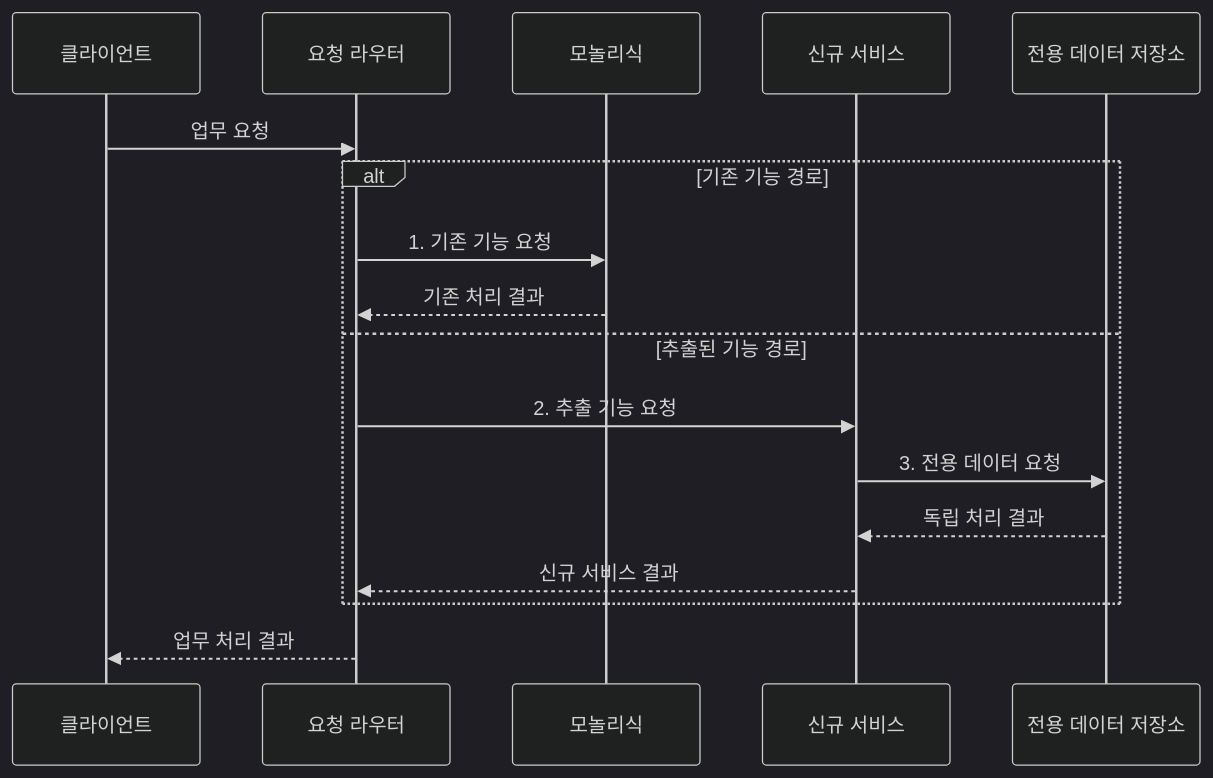
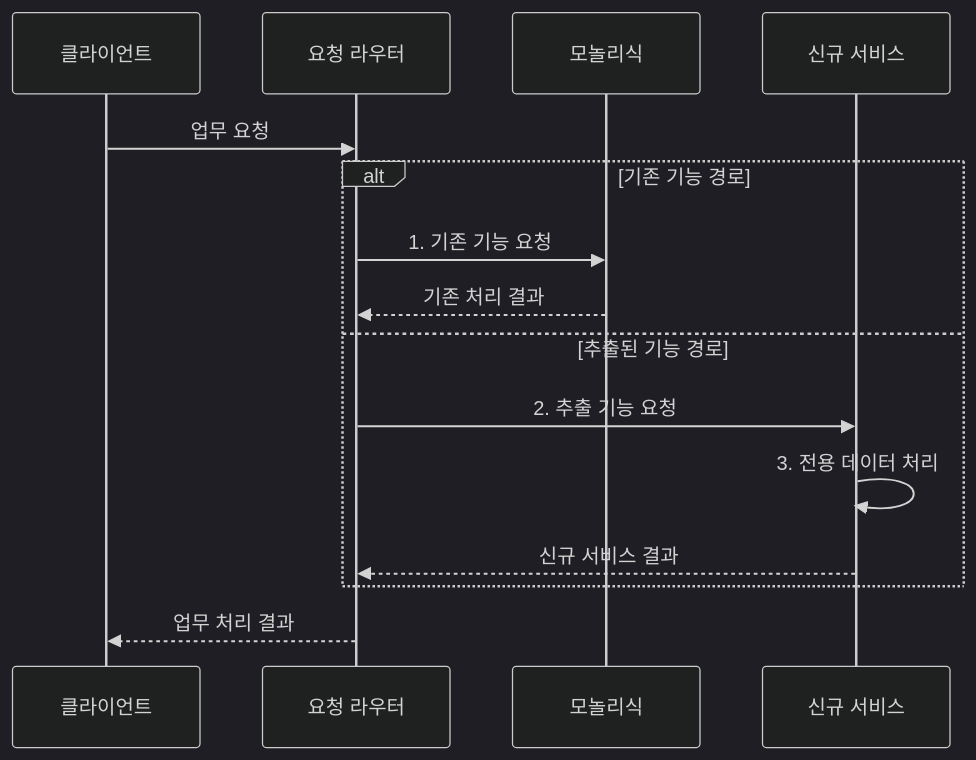
Before and after one commit to agnusdei1207/knowledge-base: the second of 2 diagrams in src/content/docs/notes/03-software/051_monolith_vs_microservice.md, drawn with Mermaid (dark theme). The commit also changed other lines of this file and 7 other files, not shown here.

Commit message:
Reduce software delivery diagram actors

````diff
--- a/src/content/docs/notes/03-software/051_monolith_vs_microservice.md
+++ b/src/content/docs/notes/03-software/051_monolith_vs_microservice.md
@@ -101,19 +101,17 @@
 ```mermaid
 sequenceDiagram
     participant C as 클라이언트
     participant R as 요청 라우터
     participant M as 모놀리식
     participant S as 신규 서비스
-    participant D as 전용 데이터 저장소
     C->>R: 업무 요청
     alt 기존 기능 경로
         R->>M: 1. 기존 기능 요청
         M-->>R: 기존 처리 결과
     else 추출된 기능 경로
         R->>S: 2. 추출 기능 요청
-        S->>D: 3. 전용 데이터 요청
-        D-->>S: 독립 처리 결과
+        S->>S: 3. 전용 데이터 처리
         S-->>R: 신규 서비스 결과
     end
     R-->>C: 업무 처리 결과
 ```
````
